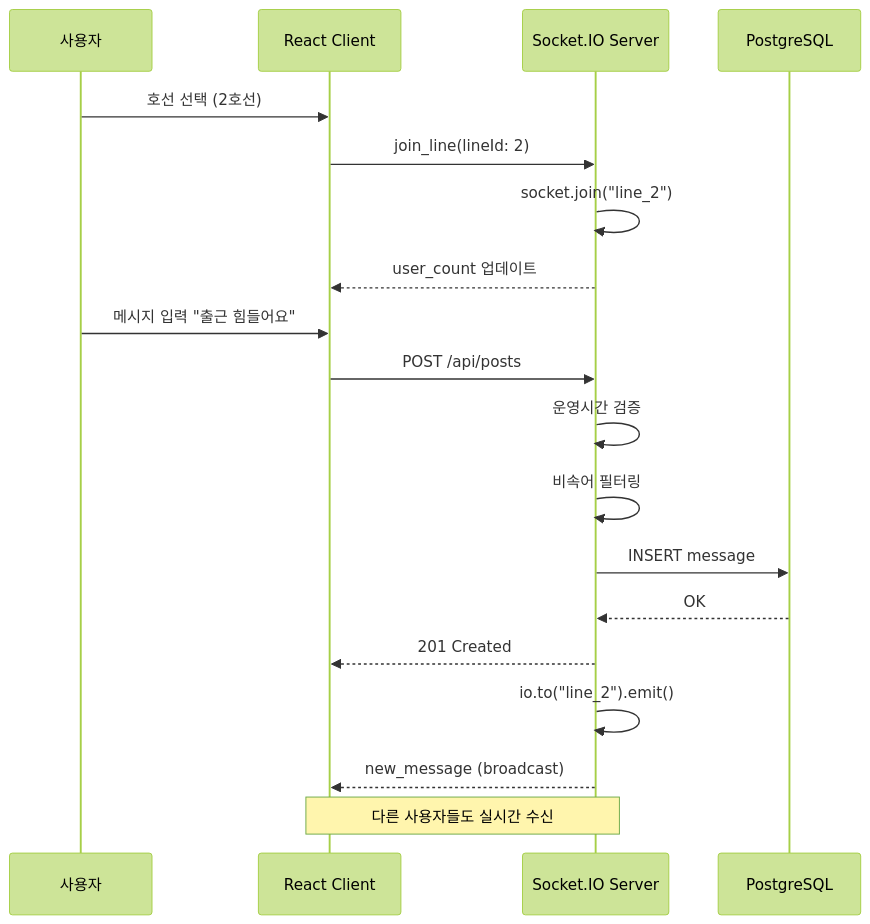
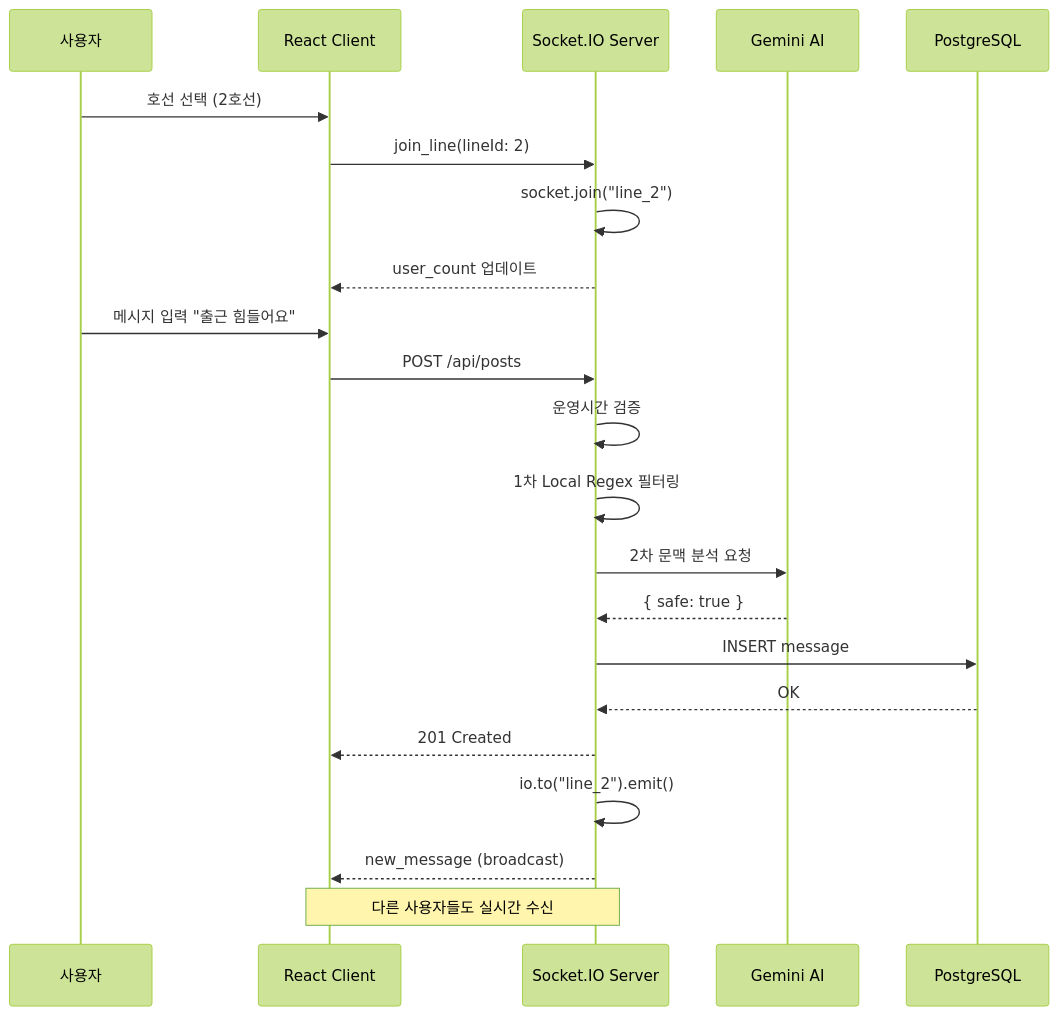
One commit to doublesilver/subway-board changed the fourth of 11 diagrams in README.md. Above: the diagram before and after it, drawn with Mermaid (forest theme). The commit also changed other lines of this file and 2 other files, not shown here.

````diff
--- a/README.md
+++ b/README.md
@@ -207,24 +231,27 @@
 ```mermaid
 sequenceDiagram
     participant U as 사용자
     participant C as React Client
     participant S as Socket.IO Server
+    participant AI as Gemini AI
     participant DB as PostgreSQL
 
     U->>C: 호선 선택 (2호선)
     C->>S: join_line(lineId: 2)
     S->>S: socket.join("line_2")
     S-->>C: user_count 업데이트
 
     U->>C: 메시지 입력 "출근 힘들어요"
     C->>S: POST /api/posts
     S->>S: 운영시간 검증
-    S->>S: 비속어 필터링
+    S->>S: 1차 Local Regex 필터링
+    S->>AI: 2차 문맥 분석 요청
+    AI-->>S: { safe: true }
     S->>DB: INSERT message
     DB-->>S: OK
     S-->>C: 201 Created
     S->>S: io.to("line_2").emit()
     S-->>C: new_message (broadcast)
 
     Note over C,S: 다른 사용자들도 실시간 수신
 ```
````
